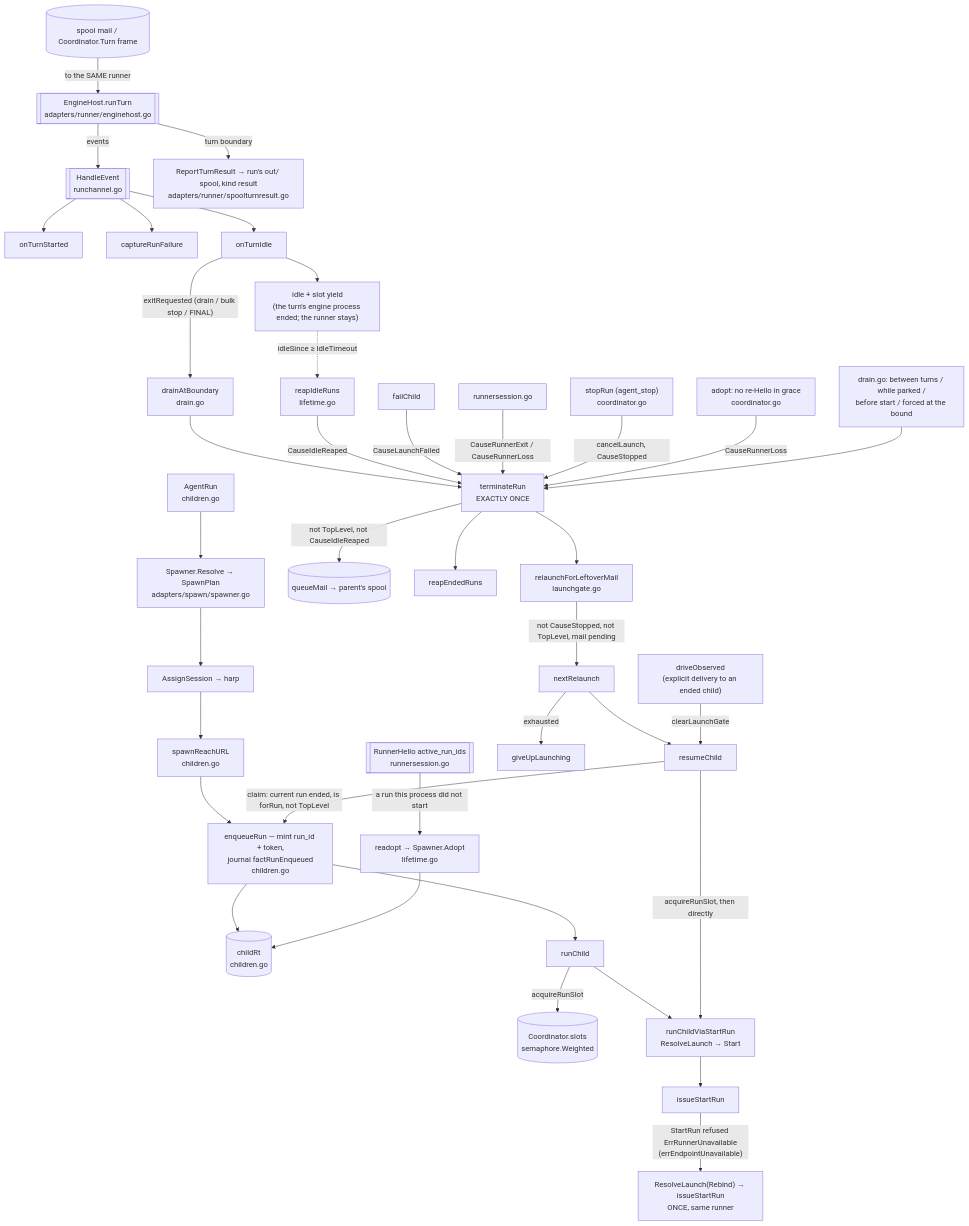
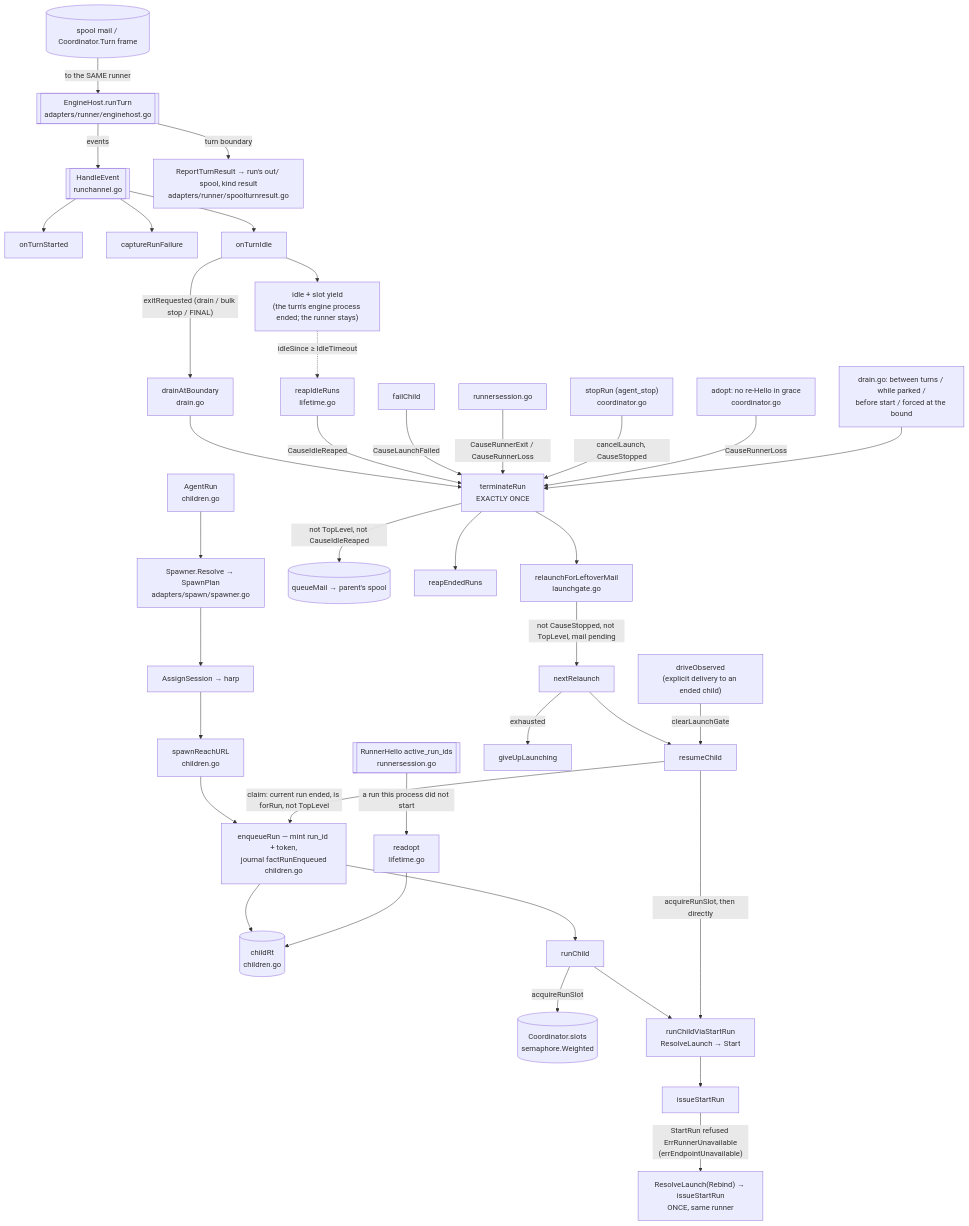
The diagram in docs/architecture/agentcoord/child-lifecycle.md (ctxloom/ctxloom), drawn with Mermaid before and after one commit. The commit also changed other lines of this file and 10 other files, not shown here.

````diff
--- a/docs/architecture/agentcoord/child-lifecycle.md
+++ b/docs/architecture/agentcoord/child-lifecycle.md
@@ -17,38 +17,38 @@
 ```mermaid
 flowchart TD
   AR["AgentRun<br/>children.go"] --> RES["Spawner.Resolve → SpawnPlan<br/>adapters/spawn/spawner.go"]
   RES --> ASSIGN["AssignSession → harp"]
   ASSIGN --> URL["spawnReachURL<br/>children.go"]
   URL --> EQ["enqueueRun — mint run_id + token,<br/>journal factRunEnqueued<br/>children.go"]
   EQ --> RT[("childRt<br/>children.go")]
   EQ --> RC["runChild"]
   RC -->|acquireRunSlot| TS[("Coordinator.slots<br/>semaphore.Weighted")]
   RC --> VSR["runChildViaStartRun<br/>ResolveLaunch → Start"] --> ISR["issueStartRun"]
   ISR -->|"StartRun refused ErrRunnerUnavailable<br/>(errEndpointUnavailable)"| REBIND["ResolveLaunch(Rebind) → issueStartRun<br/>ONCE, same runner"]
 
   ENG[["EngineHost.runTurn<br/>adapters/runner/enginehost.go"]] -->|events| RCH[["HandleEvent<br/>runchannel.go"]]
   ENG -->|turn boundary| TR["ReportTurnResult → run's out/ spool, kind result<br/>adapters/runner/spoolturnresult.go"]
   RCH --> OTS["onTurnStarted"]
   RCH --> CRF["captureRunFailure"]
   RCH --> OTI["onTurnIdle"]
   OTI -->|"exitRequested (drain / bulk stop / FINAL)"| DAB["drainAtBoundary<br/>drain.go"] --> TERM
   OTI --> IDLE["idle + slot yield<br/>(the turn's engine process ended; the runner stays)"]
   IDLE -.->|"idleSince ≥ IdleTimeout"| REAPER["reapIdleRuns<br/>lifetime.go"] -->|CauseIdleReaped| TERM
   MAILIN[("spool mail / Coordinator.Turn frame")] -->|"to the SAME runner"| ENG
-  HELLO[["RunnerHello active_run_ids<br/>runnersession.go"]] -->|"a run this process did not start"| READOPT["readopt → Spawner.Adopt<br/>lifetime.go"] --> RT
+  HELLO[["RunnerHello active_run_ids<br/>runnersession.go"]] -->|"a run this process did not start"| READOPT["readopt<br/>lifetime.go"] --> RT
 
   FC["failChild"] -->|CauseLaunchFailed| TERM["terminateRun<br/>EXACTLY ONCE"]
   RS["runnersession.go"] -->|"CauseRunnerExit / CauseRunnerLoss"| TERM
   STOP["stopRun (agent_stop)<br/>coordinator.go"] -->|"cancelLaunch, CauseStopped"| TERM
   GRACE["adopt: no re-Hello in grace<br/>coordinator.go"] -->|CauseRunnerLoss| TERM
   DRAIN["drain.go: between turns / while parked /<br/>before start / forced at the bound"] --> TERM
   TERM -->|"not TopLevel, not CauseIdleReaped"| NOTICE[("queueMail → parent's spool")]
   TERM --> REAP["reapEndedRuns"]
   TERM --> RLM["relaunchForLeftoverMail<br/>launchgate.go"]
   RLM -->|"not CauseStopped, not TopLevel, mail pending"| NR["nextRelaunch"]
   NR -->|exhausted| GU["giveUpLaunching"]
   NR --> RSC["resumeChild"]
   DOBS["driveObserved<br/>(explicit delivery to an ended child)"] -->|clearLaunchGate| RSC
   RSC -->|"claim: current run ended, is forRun, not TopLevel"| EQ
   RSC -->|"acquireRunSlot, then directly"| VSR
 ```
````
